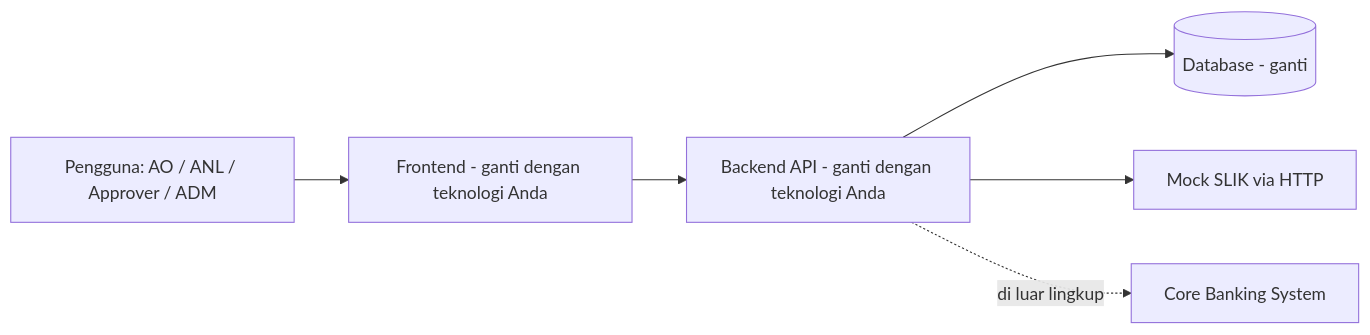
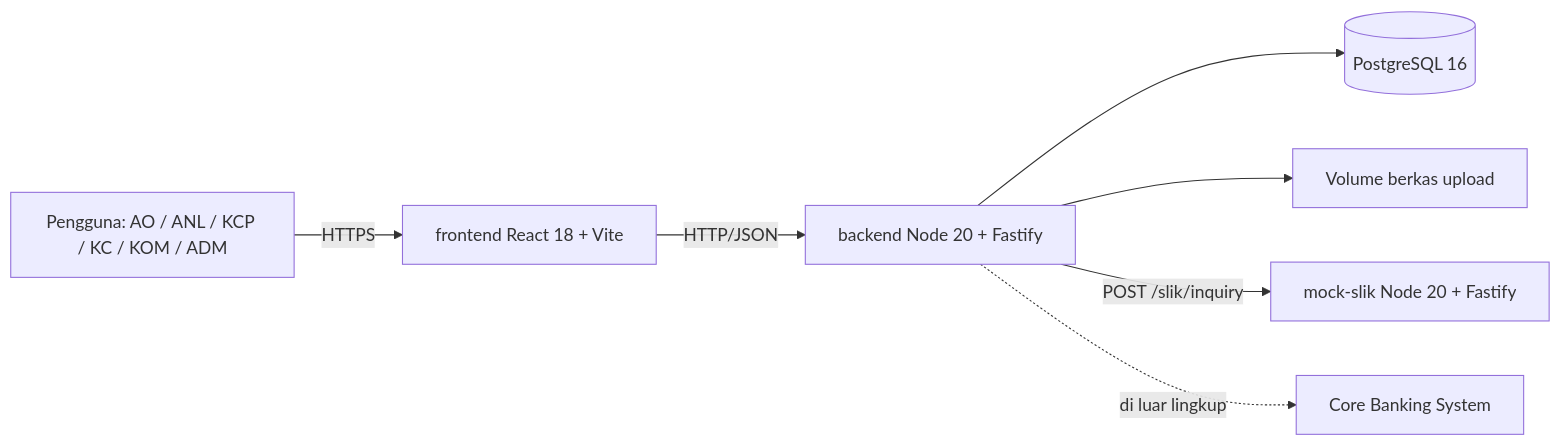
The first of 3 diagrams in docs/SRS-iMitra.md (codebubub/iMitra-Tim-2), drawn with Mermaid before and after one commit. The commit also changed other lines of this file and 1 other file, not shown here.

````diff
--- a/docs/SRS-iMitra.md
+++ b/docs/SRS-iMitra.md
@@ -105,8 +95,9 @@
 ```mermaid
 graph LR
-  AO[Pengguna: AO / ANL / Approver / ADM] --> FE[Frontend - ganti dengan teknologi Anda]
-  FE --> BE[Backend API - ganti dengan teknologi Anda]
-  BE --> DB[(Database - ganti)]
-  BE --> SLIK[Mock SLIK via HTTP]
+  U[Pengguna: AO / ANL / KCP / KC / KOM / ADM] -->|HTTPS| FE[frontend React 18 + Vite]
+  FE -->|HTTP/JSON| BE[backend Node 20 + Fastify]
+  BE --> DB[(PostgreSQL 16)]
+  BE --> FS[Volume berkas upload]
+  BE -->|POST /slik/inquiry| SLIK[mock-slik Node 20 + Fastify]
   BE -. di luar lingkup .-> CBS[Core Banking System]
 ```
````
